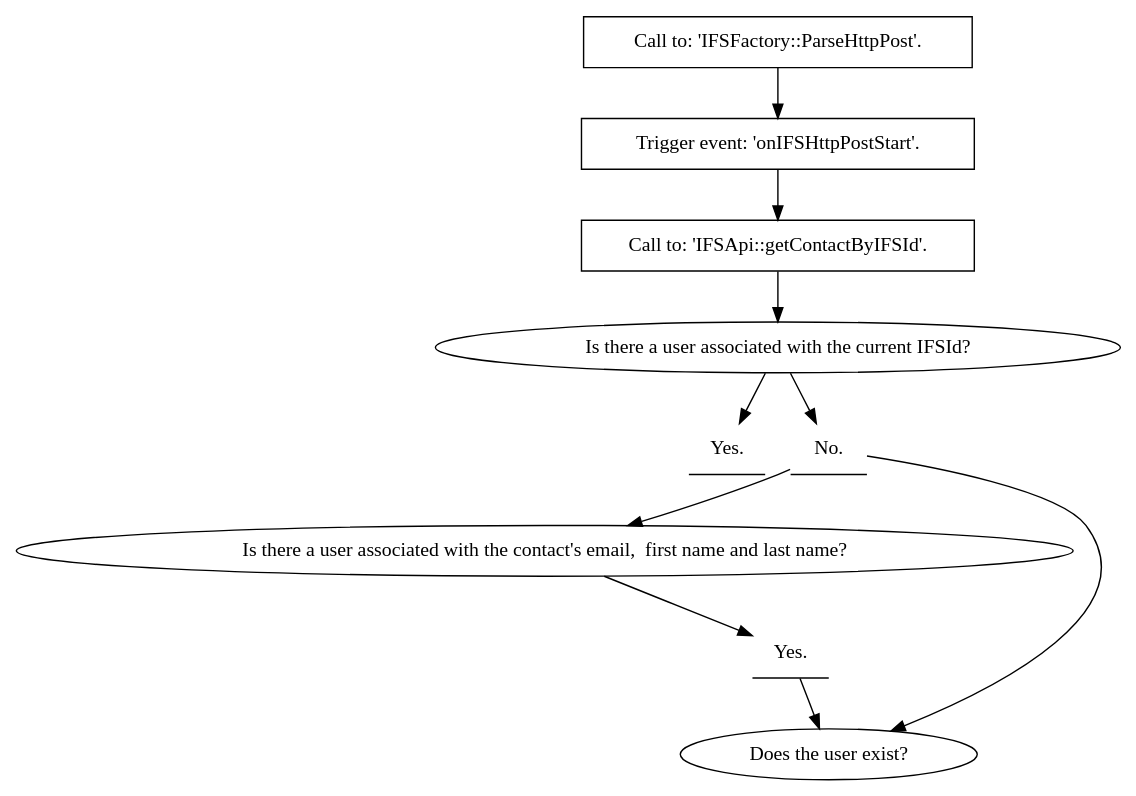
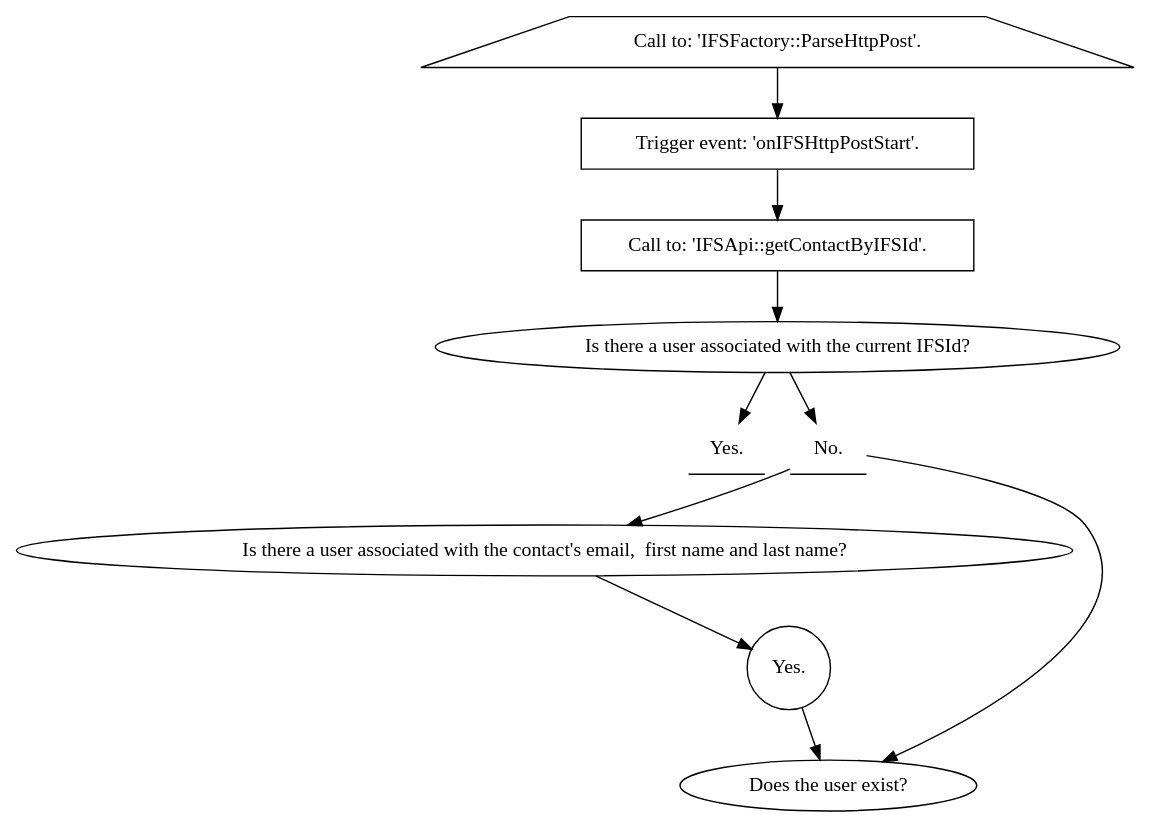
Before and after one commit to treste91/JoomFuse: the diagram in docs/procedures/register_user.rst, drawn with Graphviz.

```diff
--- a/docs/procedures/register_user.rst
+++ b/docs/procedures/register_user.rst
@@ -4,24 +4,24 @@
 .. graphviz::
 
    digraph {
    
-      1 [label="Call to: 'IFSFactory::ParseHttpPost'." shape=box]
-      2 [label="Trigger event: 'onIFSHttpPostStart'." shape=box]
+      1 [label="Call to: 'IFSFactory::ParseHttpPost'." shape=trapezium]
+      2 [label="Trigger event: 'onIFSHttpPostStart'." shape=rectangle]
       3 [label="Call to: 'IFSApi::getContactByIFSId'." shape=box]
       4 [label="Is there a user associated with the current IFSId?" shape=oval]
       5 [label="Yes." shape=underline]
       6 [label="No." shape=underline]
       7 [label="Is there a user associated with the contact's email,  first name and last name?" shape=oval]
-      8 [label="Yes." shape=underline]
+      8 [label="Yes." shape=circle]
       9 [label="Does the user exist?" shape=oval]
       
       1 -> 2
       2 -> 3
       3 -> 4
       4 -> 5
       4 -> 6
       6 -> 7
       7 -> 8
       8 -> 9
       6 -> 9
    }
```
